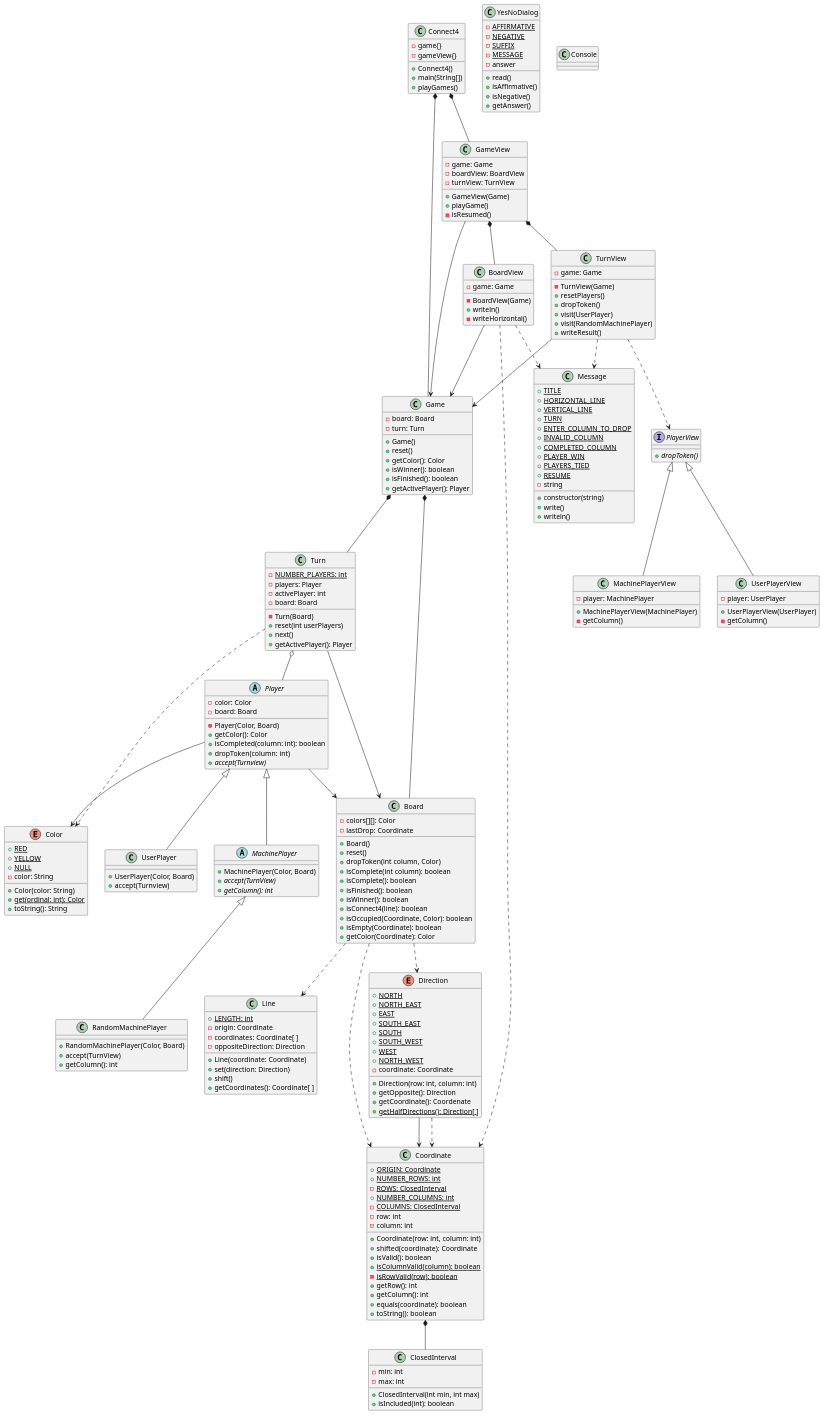
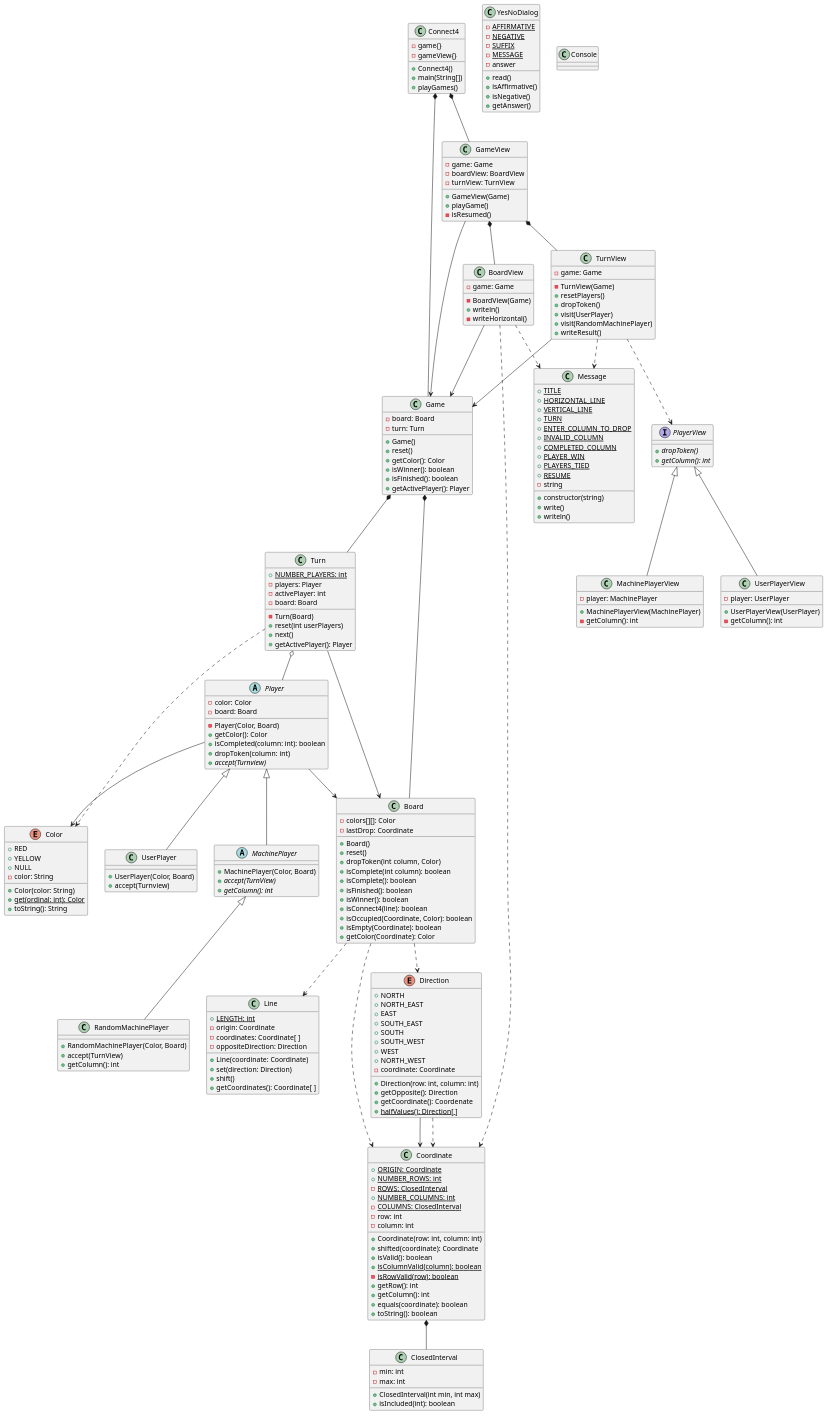
Before and after one commit to js-rom/connect4: the diagram in connect4/Docs/diagrams/src/classDiagram.plantuml, drawn with PlantUML. The commit also changed 15 other files, not shown here.

```diff
--- a/connect4/Docs/diagrams/src/classDiagram.plantuml
+++ b/connect4/Docs/diagrams/src/classDiagram.plantuml
@@ -81,14 +81,15 @@
 BoardView : -writeHorizontal()
 
 PlayerView : +{abstract}dropToken()
+PlayerView : +{abstract}getColumn(): int
 
 MachinePlayerView : -player: MachinePlayer
 MachinePlayerView : +MachinePlayerView(MachinePlayer)
-MachinePlayerView : -getColumn()
+MachinePlayerView : -getColumn(): int
 
 UserPlayerView : -player: UserPlayer
 UserPlayerView : +UserPlayerView(UserPlayer)
-UserPlayerView : -getColumn()
+UserPlayerView : -getColumn(): int
 
 Game : -board: Board
 Game : -turn: Turn
@@ -99,7 +100,7 @@
 Game : +isFinished(): boolean
 Game : +getActivePlayer(): Player
 
-Turn : {static} -NUMBER_PLAYERS: int
+Turn : {static} +NUMBER_PLAYERS: int
 Turn : -players: Player
 Turn : -activePlayer: int
 Turn : -board: Board
@@ -158,9 +159,9 @@
 Message : +write()
 Message : +writeln()
  
-Color : {static} +RED
-Color : {static} +YELLOW
-Color : {static} +NULL
+Color : +RED
+Color : +YELLOW
+Color : +NULL
 Color : -color: String
 Color : +Color(color: String)
 Color : {static} +get(ordinal: int): Color
@@ -175,19 +176,19 @@
 Line : +shift()
 Line : +getCoordinates(): Coordinate[ ]
 
-Direction : {static} +NORTH
-Direction : {static} +NORTH_EAST
-Direction : {static} +EAST
-Direction : {static} +SOUTH_EAST
-Direction : {static} +SOUTH
-Direction : {static} +SOUTH_WEST
-Direction : {static} +WEST
-Direction : {static} +NORTH_WEST
+Direction : +NORTH
+Direction : +NORTH_EAST
+Direction : +EAST
+Direction : +SOUTH_EAST
+Direction : +SOUTH
+Direction : +SOUTH_WEST
+Direction : +WEST
+Direction : +NORTH_WEST
 Direction : -coordinate: Coordinate
 Direction : +Direction(row: int, column: int)
 Direction : +getOpposite(): Direction
 Direction : +getCoordinate(): Coordenate
-Direction : +{static}getHalfDirections(): Direction[ ]
+Direction : +{static}halfValues(): Direction[ ]
 
 Coordinate : {static} +ORIGIN: Coordinate
 Coordinate : {static} +NUMBER_ROWS: int
```
